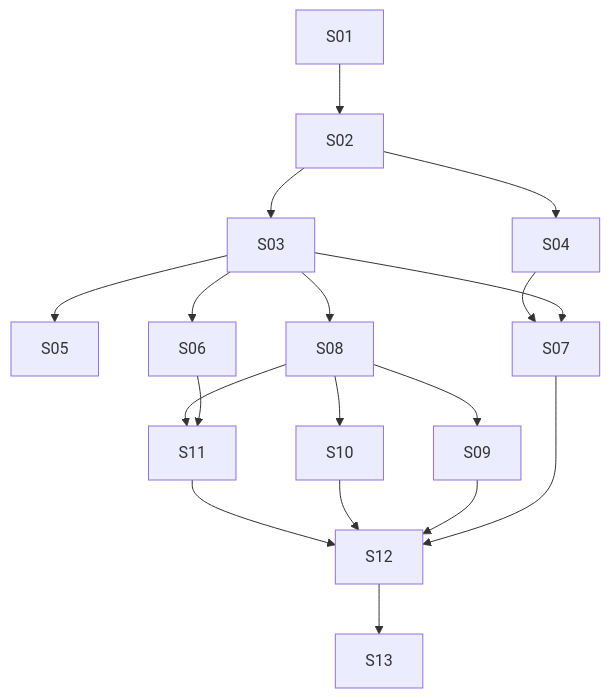
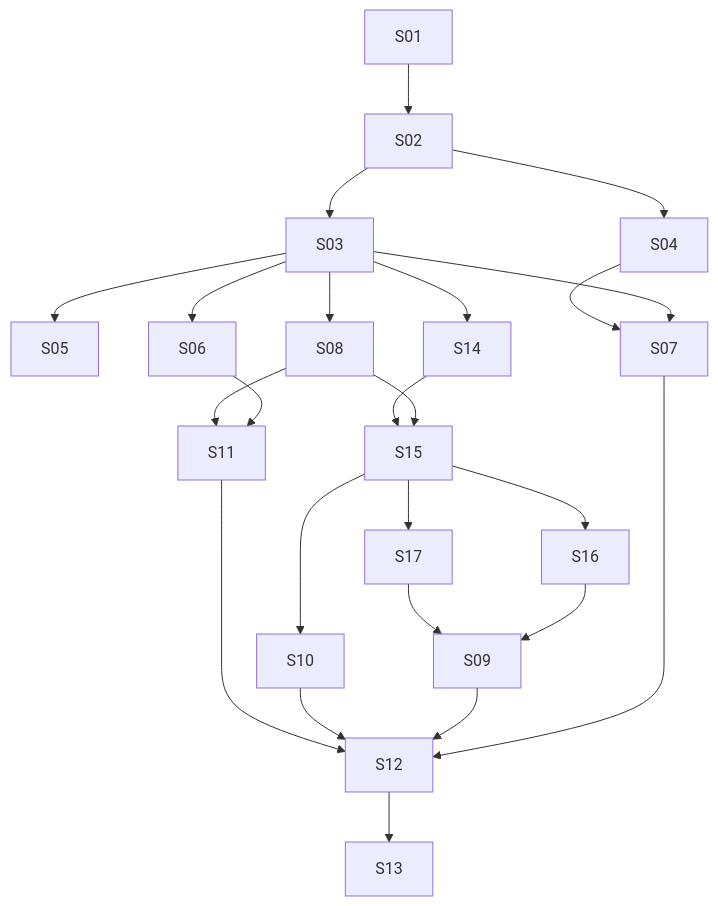
The diagram in docs/superpowers/plans/garden-standalone-v1/index.md (ProjectViVy/laputa), drawn with Mermaid before and after one commit. The commit also changed other lines of this file and 17 other files, not shown here.

````diff
--- a/docs/superpowers/plans/garden-standalone-v1/index.md
+++ b/docs/superpowers/plans/garden-standalone-v1/index.md
@@ -55,20 +60,26 @@
 ```mermaid
 flowchart TD
   S01 --> S02
   S02 --> S03
   S02 --> S04
   S03 --> S05
   S03 --> S06
   S03 --> S07
   S04 --> S07
   S03 --> S08
-  S08 --> S09
-  S08 --> S10
+  S03 --> S14
+  S08 --> S15
+  S14 --> S15
+  S15 --> S16
+  S15 --> S17
+  S15 --> S10
+  S16 --> S09
+  S17 --> S09
   S06 --> S11
   S08 --> S11
   S07 --> S12
   S09 --> S12
   S10 --> S12
   S11 --> S12
   S12 --> S13
 ```
````
